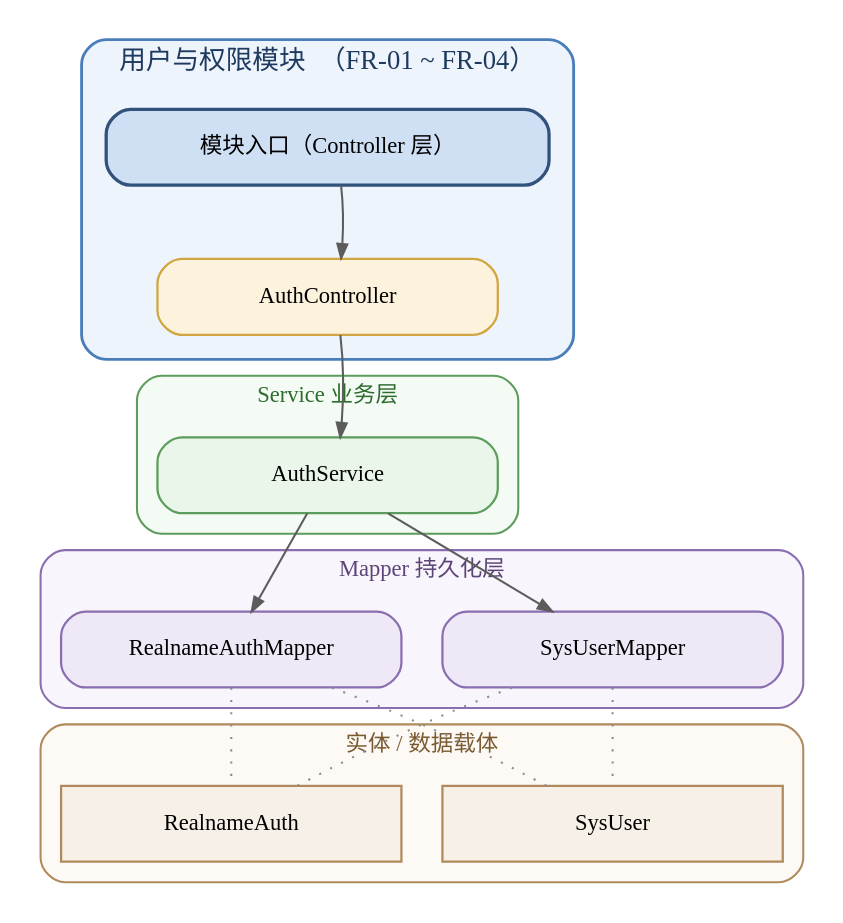
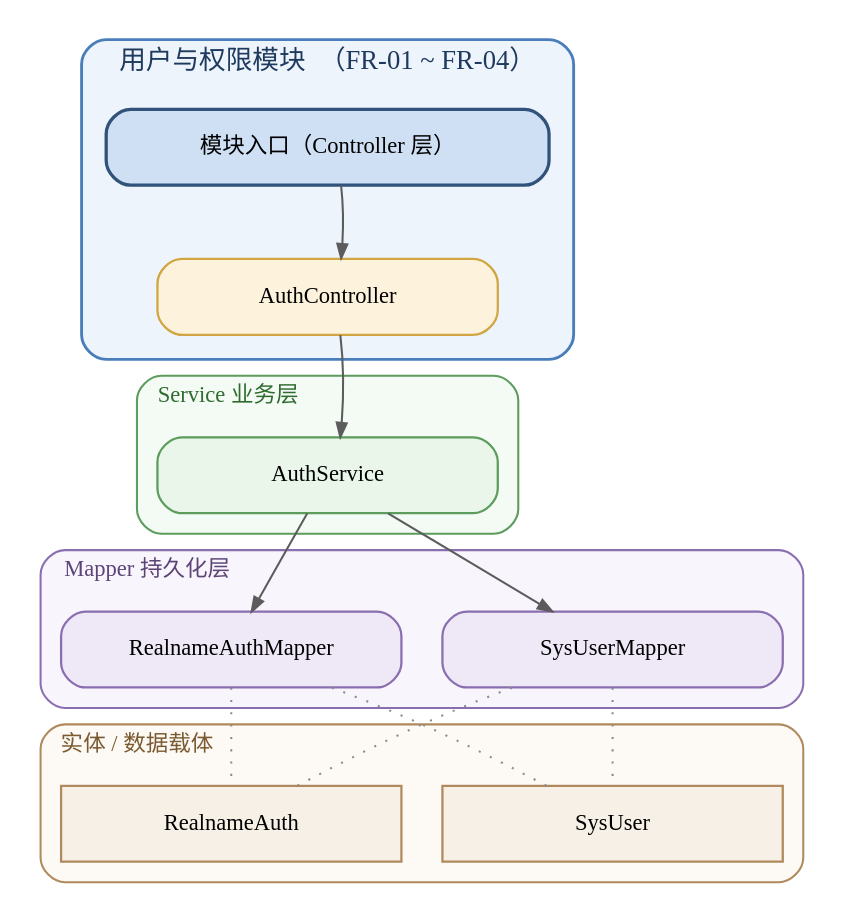
One commit to chuanshanjia666/RentAgent changed the diagram in doc/03.概要设计/assets/figures/fig_3_1_mod_auth.dot. Above: the diagram before and after it, drawn with Graphviz. The commit also changed 22 other files, not shown here.

```diff
--- a/doc/03.概要设计/assets/figures/fig_3_1_mod_auth.dot
+++ b/doc/03.概要设计/assets/figures/fig_3_1_mod_auth.dot
@@ -1,57 +1,57 @@
 digraph mod_auth {
   rankdir=TB; nodesep=0.28; ranksep=0.50; compound=true;
 
   graph [fontname="Microsoft YaHei", bgcolor="white", margin=0.15];
   node  [fontname="Microsoft YaHei", fontsize=11, shape=box, style="filled,rounded",
          fillcolor="#eef4fb", color="#4a7ebb", penwidth=1.1, margin="0.14,0.09"];
   edge  [fontname="Microsoft YaHei", fontsize=9, color="#5c5c5c", penwidth=1.0, arrowsize=0.7];
 
   node [width=2.3, height=0.52];
 
   subgraph cluster_0 {
     label="用户与权限模块　（FR-01 ~ FR-04）"; fontsize=13; fontcolor="#1f3a5f";
     style="rounded,filled"; fillcolor="#eef4fb"; color="#4a7ebb"; penwidth=1.4; margin=12;
     root [label="模块入口（Controller 层）", style="filled,rounded", fillcolor="#cfe0f5",
           color="#31527a", penwidth=1.6, width=3.0];
   c0 [label="AuthController", fillcolor="#fdf3dc", color="#d1a542"];
   {rank=same; c0;}
 
     root -> c0 [style=invis];
   root -> c0 [style=bold];
   }
 
   subgraph cluster_1 {
-    label="Service 业务层"; fontsize=11; fontcolor="#2f6b2f";
+    label="Service 业务层"; fontsize=11; fontcolor="#2f6b2f"; labeljust="l";
     style="rounded,filled"; fillcolor="#f4fbf4"; color="#5c9c5c"; margin=10;
   s0 [label="AuthService", fillcolor="#eaf6ea", color="#5c9c5c"];
   {rank=same; s0;}
 
   }
 
   subgraph cluster_2 {
-    label="Mapper 持久化层"; fontsize=11; fontcolor="#5c4478";
+    label="Mapper 持久化层"; fontsize=11; fontcolor="#5c4478"; labeljust="l";
     style="rounded,filled"; fillcolor="#f8f5fc"; color="#8a6fb0"; margin=10;
   p0 [label="SysUserMapper", fillcolor="#efe9f7", color="#8a6fb0"];
   p1 [label="RealnameAuthMapper", fillcolor="#efe9f7", color="#8a6fb0"];
   {rank=same; p0; p1;}
 
   }
 
   subgraph cluster_3 {
-    label="实体 / 数据载体"; fontsize=11; fontcolor="#7a5a30";
+    label="实体 / 数据载体"; fontsize=11; fontcolor="#7a5a30"; labeljust="l";
     style="rounded,filled"; fillcolor="#fdfaf6"; color="#b08a5c"; margin=10;
   e0 [label="SysUser", fillcolor="#f7f0e6", color="#b08a5c", shape=box, style=filled];
   e1 [label="RealnameAuth", fillcolor="#f7f0e6", color="#b08a5c", shape=box, style=filled];
   {rank=same; e0; e1;}
 
   }
 
   c0 -> s0 [style=invis];
   c0 -> s0;
   s0 -> p0;
   s0 -> p1;
   p0 -> e0 [style=dotted, arrowhead=none, color="#8c8c8c"];
   p0 -> e1 [style=dotted, arrowhead=none, color="#8c8c8c"];
   p1 -> e0 [style=dotted, arrowhead=none, color="#8c8c8c"];
   p1 -> e1 [style=dotted, arrowhead=none, color="#8c8c8c"];
 }
```
